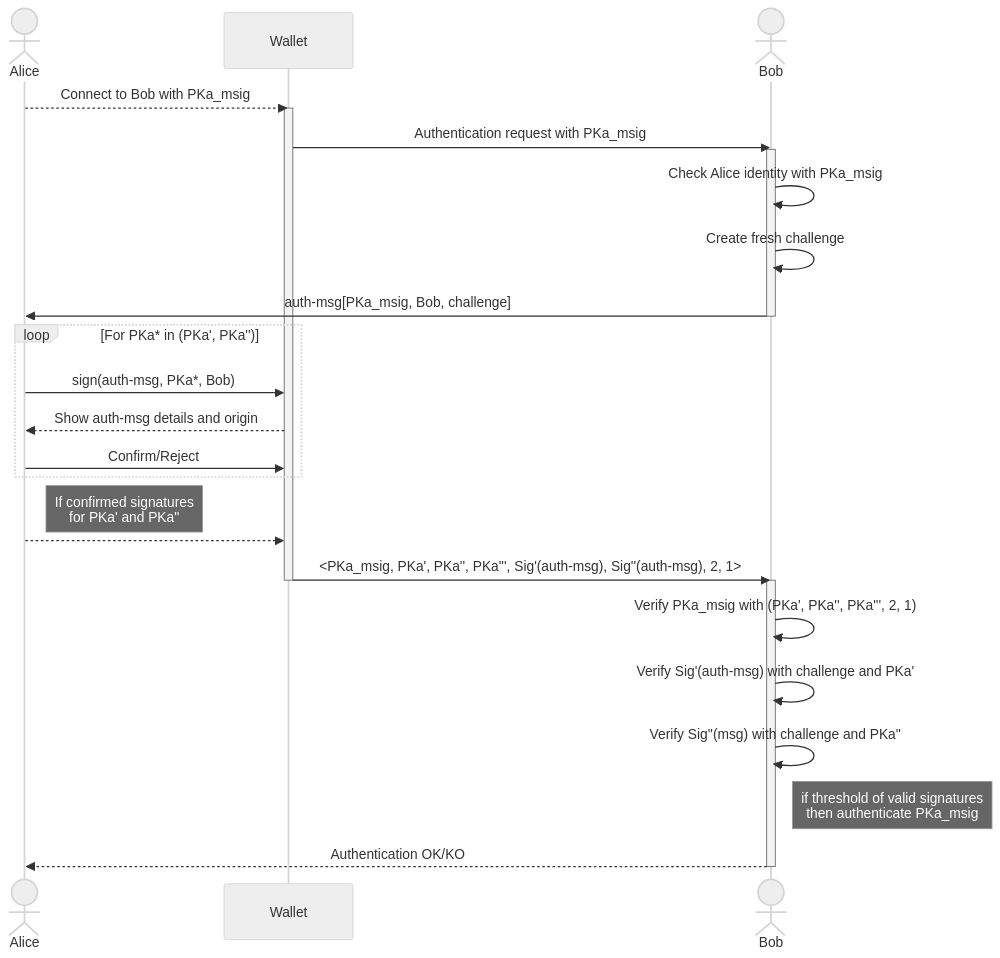
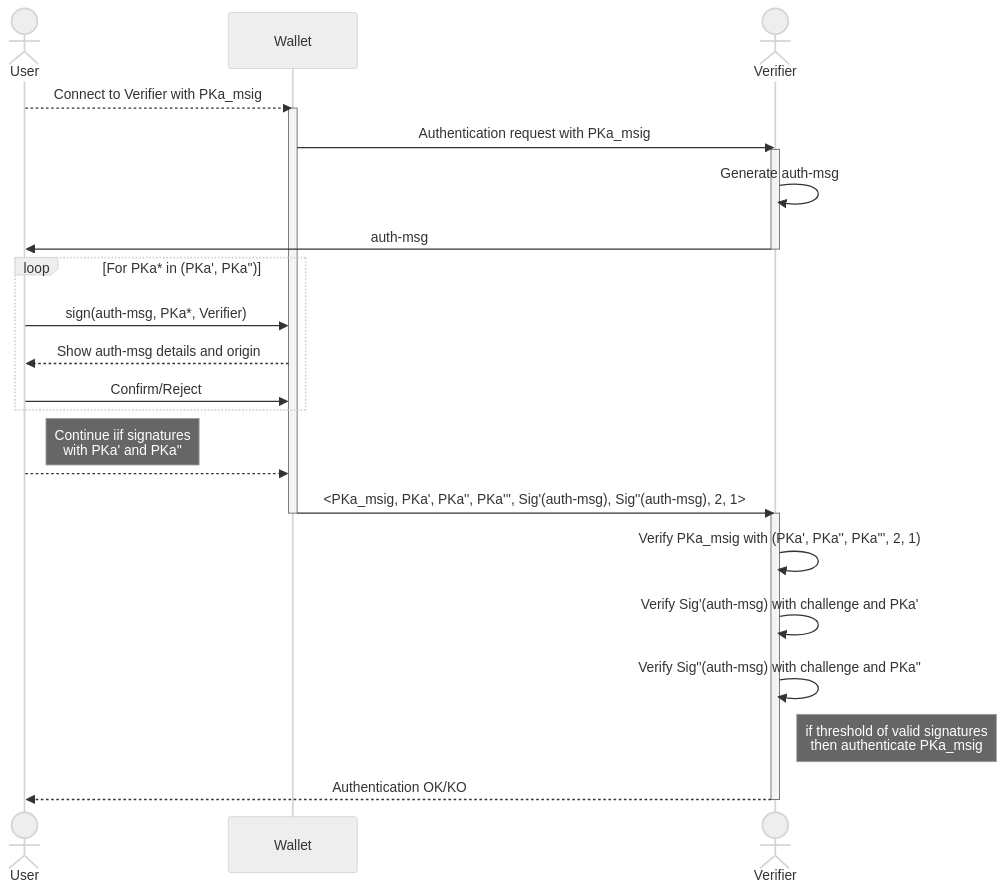
The third of 3 diagrams in ARCs/arc-0031.md (algorandfoundation/ARCs), drawn with Mermaid (neutral theme) before and after one commit. The commit also changed other lines of this file, not shown here.

````diff
--- a/ARCs/arc-0031.md
+++ b/ARCs/arc-0031.md
@@ -256,30 +253,29 @@
 ```mermaid
 sequenceDiagram
-    actor A as Alice
+    actor U as User
     participant W as Wallet
-    actor B as Bob
-    A-->>W: Connect to Bob with PKa_msig
+    actor V as Verifier
+    U-->>W: Connect to Verifier with PKa_msig
     activate W
-    W->>B: Authentication request with PKa_msig
-    activate B
-    B->>B: Check Alice identity with PKa_msig
-    B->>B: Create fresh challenge
-    B->>A: auth-msg[PKa_msig, Bob, challenge]
-    deactivate B
+    W->>V: Authentication request with PKa_msig
+    activate V
+    V->>V: Generate auth-msg
+    V->>U: auth-msg
+    deactivate V
     loop For PKa* in (PKa', PKa'')
-        A->>W: sign(auth-msg, PKa*, Bob)
-        W-->>A: Show auth-msg details and origin
-        A->>W: Confirm/Reject
+        U->>W: sign(auth-msg, PKa*, Verifier)
+        W-->>U: Show auth-msg details and origin
+        U->>W: Confirm/Reject
     end
-    Note right of A: If confirmed signatures<br/> for PKa' and PKa''
-    A-->>W: 
-    W->>B: <PKa_msig, PKa', PKa'', PKa''', Sig'(auth-msg), Sig''(auth-msg), 2, 1>
+    Note right of U: Continue iif signatures<br/> with PKa' and PKa''
+    U-->>W: 
+    W->>V: <PKa_msig, PKa', PKa'', PKa''', Sig'(auth-msg), Sig''(auth-msg), 2, 1>
     deactivate W
-    activate B
-    B->>B: Verify PKa_msig with (PKa', PKa'', PKa''', 2, 1)
-    B->>B: Verify Sig'(auth-msg) with challenge and PKa'
-    B->>B: Verify Sig''(msg) with challenge and PKa''
-    Note right of B: if threshold of valid signatures<br/>then authenticate PKa_msig
-    B-->>A: Authentication OK/KO
-    deactivate B
+    activate V
+    V->>V: Verify PKa_msig with (PKa', PKa'', PKa''', 2, 1)
+    V->>V: Verify Sig'(auth-msg) with challenge and PKa'
+    V->>V: Verify Sig''(auth-msg) with challenge and PKa''
+    Note right of V: if threshold of valid signatures<br/>then authenticate PKa_msig
+    V-->>U: Authentication OK/KO
+    deactivate V
 ```
````
